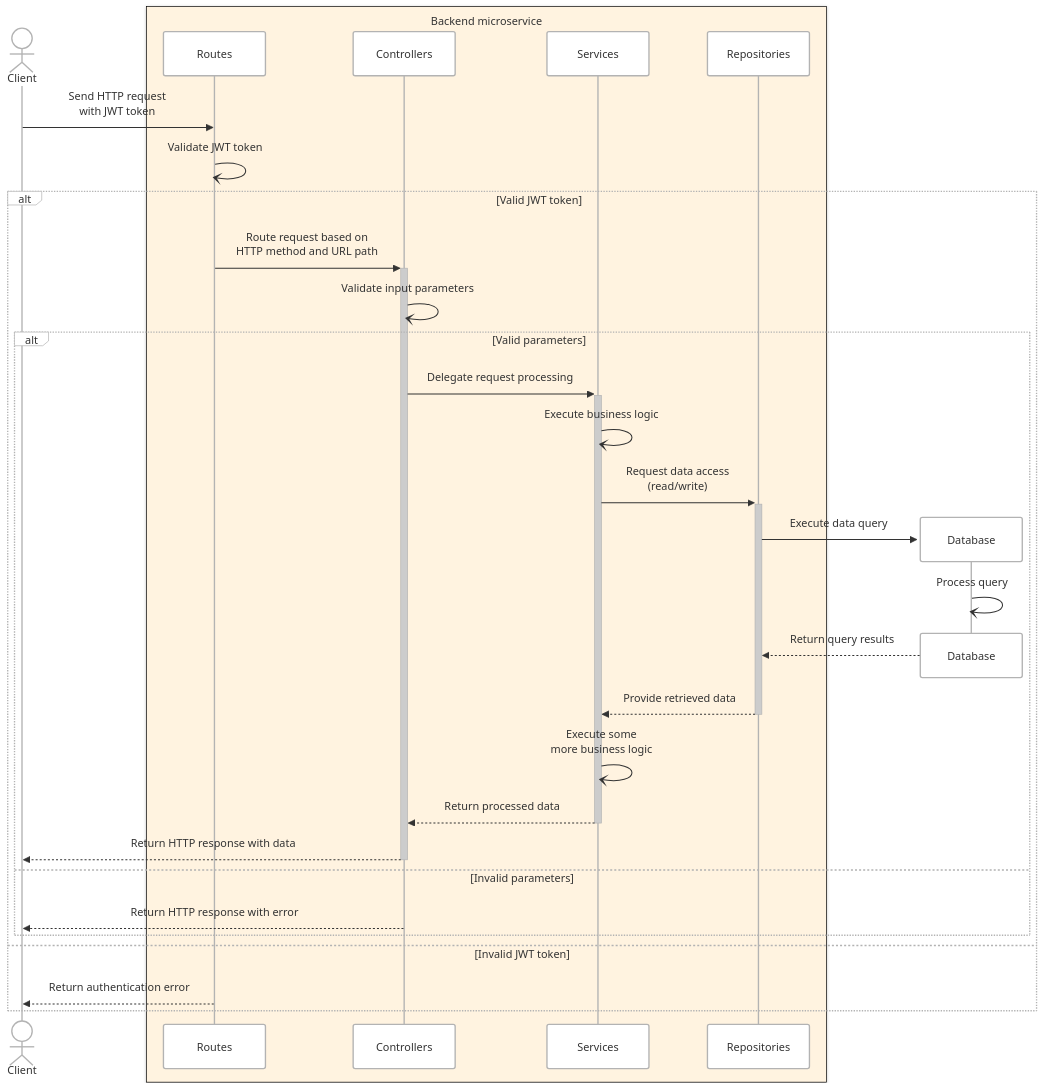
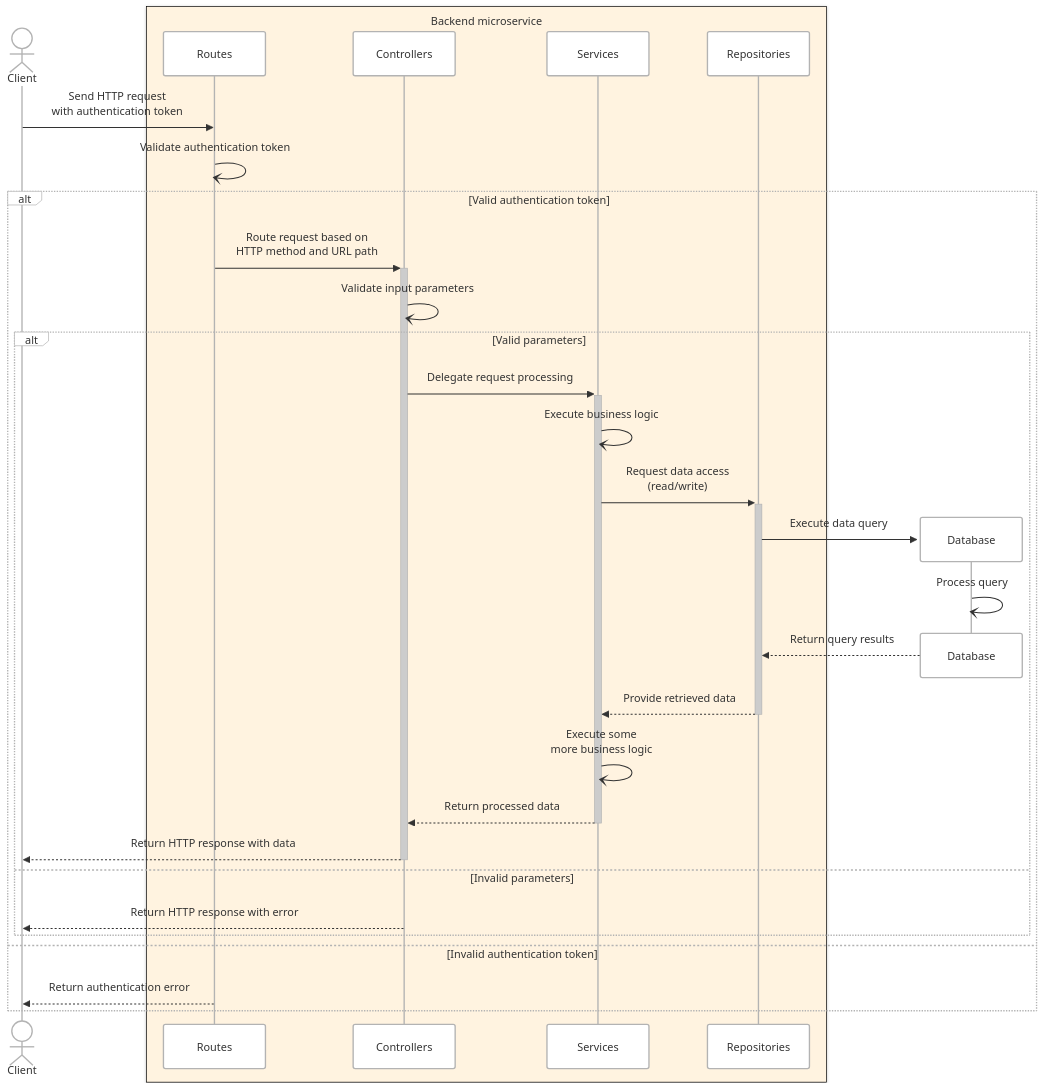
One commit to alberto-spadoni3/my-masters-thesis changed the diagram in figures/src/mcroservices_architecture.mmd. Above: the diagram before and after it, drawn with Mermaid. The commit also changed 1 other file, not shown here.

```diff
--- a/figures/src/mcroservices_architecture.mmd
+++ b/figures/src/mcroservices_architecture.mmd
@@ -1,36 +1,36 @@
 ---
 config:
   theme: neo
 ---
 sequenceDiagram
   actor Agent as Client
   box rgb(255,243,224) Backend microservice
     participant Routes as Routes
     participant Controllers as Controllers
     participant Services as Services
     participant Repositories as Repositories
   end
-    Agent ->> Routes: Send HTTP request<br> with JWT token
-    Routes -) Routes: Validate JWT token
-  alt Valid JWT token
+    Agent ->> Routes: Send HTTP request<br> with authentication token
+    Routes -) Routes: Validate authentication token
+  alt Valid authentication token
     Routes ->>+ Controllers: Route request based on<br>HTTP method and URL path
     Controllers -) Controllers: Validate input parameters
     alt Valid parameters
         Controllers ->>+ Services: Delegate request processing
         Services -) Services: Execute business logic
         Services ->>+ Repositories: Request data access<br> (read/write)
         create participant Database as Database 
         Repositories ->> Database: Execute data query
         Database -) Database: Process query
         destroy Database
         Database -->> Repositories: Return query results
         Repositories -->>- Services: Provide retrieved data
         Services -) Services: Execute some<br>more business logic
         Services -->>- Controllers: Return processed data
         Controllers -->>- Agent: Return HTTP response with data
     else Invalid parameters
         Controllers -->> Agent: Return HTTP response with error
     end
-  else Invalid JWT token
+  else Invalid authentication token
     Routes -->> Agent: Return authentication error
   end
```
